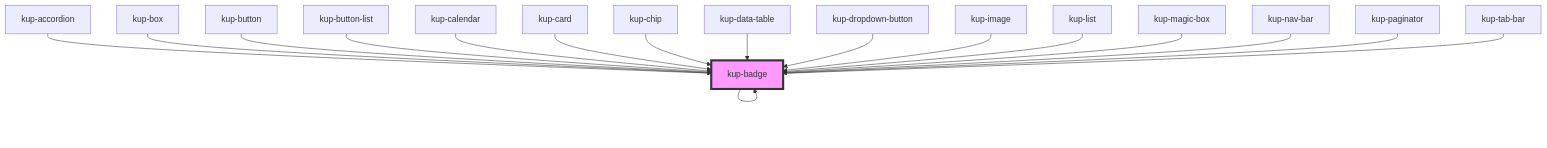
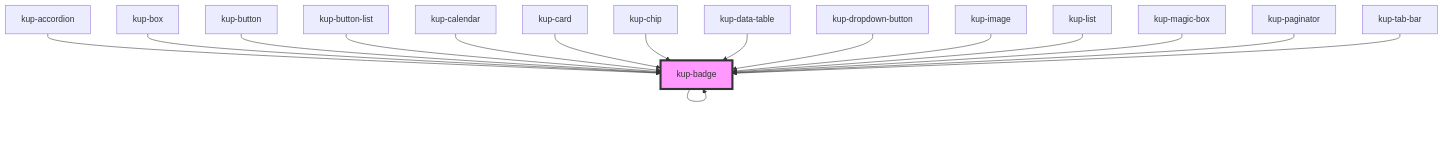
One commit to smeup/ketchup changed the diagram in packages/ketchup/src/components/kup-badge/readme.md. Above: the diagram before and after it, drawn with Mermaid. The commit also changed other lines of this file and 21 other files, not shown here.

Commit message:
kup-nav-bar: slots usable in both sections. Removed label and image props. KupTheme: new --kup-navbar-color variable to set color of the slotted content.

````diff
--- a/packages/ketchup/src/components/kup-badge/readme.md
+++ b/packages/ketchup/src/components/kup-badge/readme.md
@@ -81,20 +80,19 @@
 ```mermaid
 graph TD;
   kup-badge --> kup-badge
   kup-accordion --> kup-badge
   kup-box --> kup-badge
   kup-button --> kup-badge
   kup-button-list --> kup-badge
   kup-calendar --> kup-badge
   kup-card --> kup-badge
   kup-chip --> kup-badge
   kup-data-table --> kup-badge
   kup-dropdown-button --> kup-badge
   kup-image --> kup-badge
   kup-list --> kup-badge
   kup-magic-box --> kup-badge
-  kup-nav-bar --> kup-badge
   kup-paginator --> kup-badge
   kup-tab-bar --> kup-badge
   style kup-badge fill:#f9f,stroke:#333,stroke-width:4px
 ```
````
